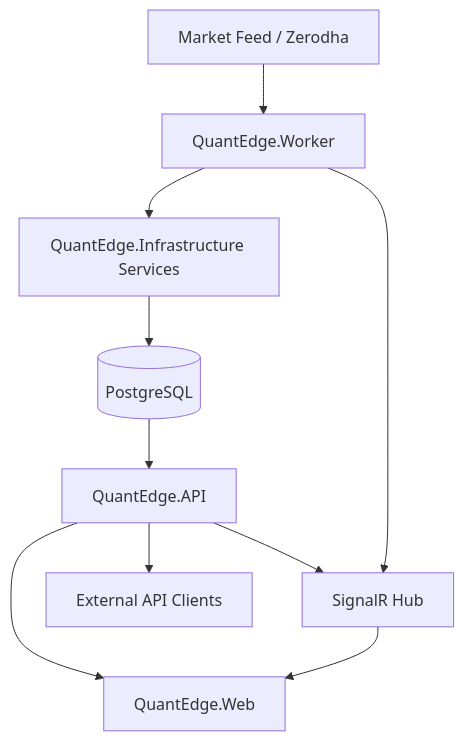
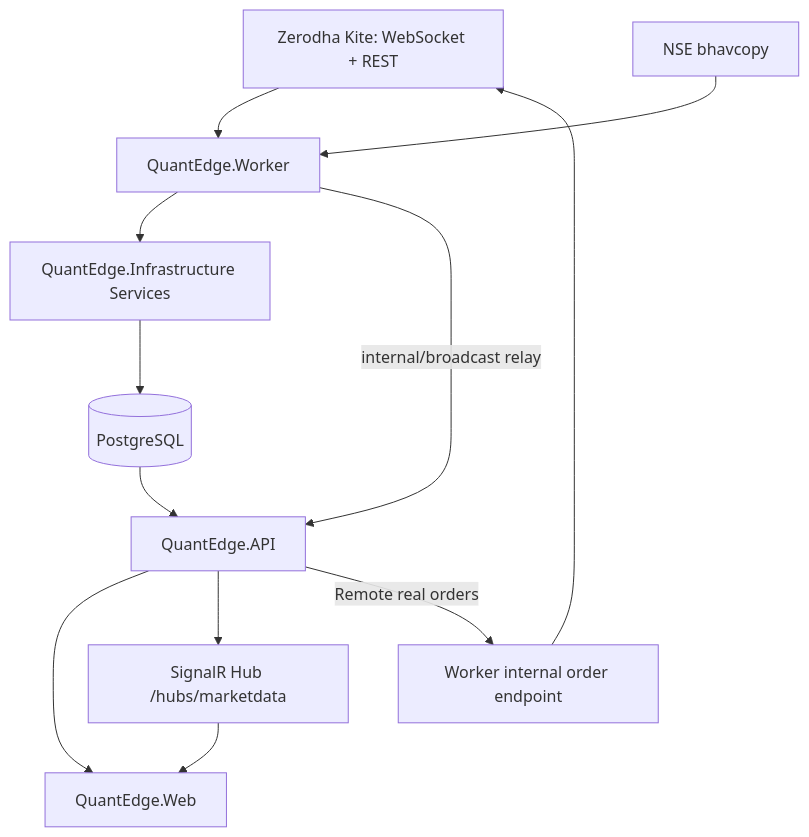
The diagram in README.md (ChiragBaroliya/QuantEdge), drawn with Mermaid before and after one commit. The commit also changed other lines of this file, not shown here.

Commit message:
docs: Update README for enhanced clarity on platform features and architecture

````diff
--- a/README.md
+++ b/README.md
@@ -39,14 +45,17 @@
 ```mermaid
 graph TD
-    A[Market Feed / Zerodha] --> B[QuantEdge.Worker]
+    A[Zerodha Kite: WebSocket + REST] --> B[QuantEdge.Worker]
+    N[NSE bhavcopy] --> B
     B --> C[QuantEdge.Infrastructure Services]
     C --> D[(PostgreSQL)]
 
     D --> E[QuantEdge.API]
     E --> F[QuantEdge.Web]
-    E --> G[External API Clients]
 
-    B --> H[SignalR Hub]
-    E --> H
+    B -- internal/broadcast relay --> E
+    E --> H[SignalR Hub /hubs/marketdata]
     H --> F
+
+    E -- Remote real orders --> R[Worker internal order endpoint]
+    R --> A
 ```
````
